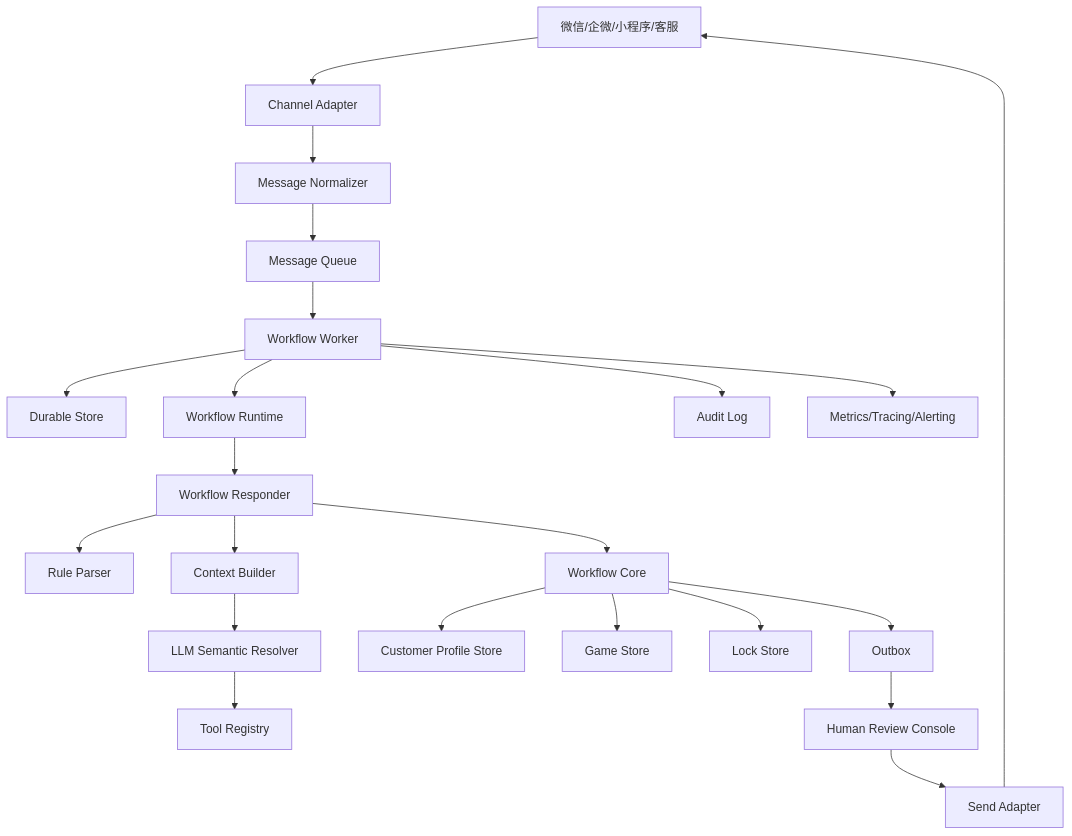
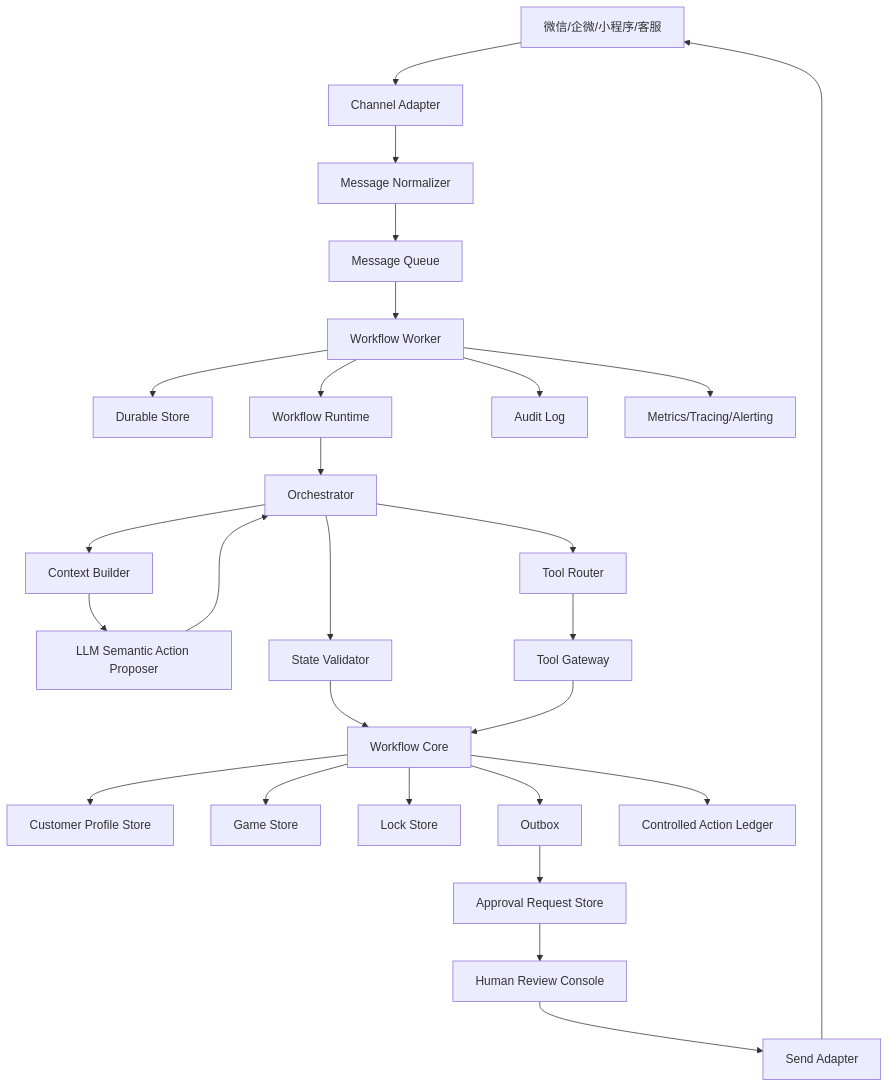
One commit to Schatt3n/mahjong-ops-agent changed the diagram in docs/production_architecture.md. Above: the diagram before and after it, drawn with Mermaid. The commit also changed other lines of this file and 37 other files, not shown here.

````diff
--- a/docs/production_architecture.md
+++ b/docs/production_architecture.md
@@ -52,24 +63,29 @@
 ```mermaid
 flowchart TD
     A["微信/企微/小程序/客服"] --> B["Channel Adapter"]
     B --> C["Message Normalizer"]
     C --> D["Message Queue"]
     D --> E["Workflow Worker"]
     E --> F["Durable Store"]
     E --> G["Workflow Runtime"]
-    G --> H["Workflow Responder"]
-    H --> I["Rule Parser"]
+    G --> H["Orchestrator"]
     H --> U["Context Builder"]
-    U --> J["LLM Semantic Resolver"]
-    J --> K["Tool Registry"]
-    H --> L["Workflow Core"]
+    U --> J["LLM Semantic Action Proposer"]
+    J --> H
+    H --> K["Tool Router"]
+    K --> V["Tool Gateway"]
+    H --> W["State Validator"]
+    W --> L["Workflow Core"]
+    V --> L
     L --> M["Customer Profile Store"]
     L --> N["Game Store"]
     L --> O["Lock Store"]
     L --> P["Outbox"]
-    P --> Q["Human Review Console"]
+    L --> X["Controlled Action Ledger"]
+    P --> Y["Approval Request Store"]
+    Y --> Q["Human Review Console"]
     Q --> R["Send Adapter"]
     R --> A
     E --> S["Audit Log"]
     E --> T["Metrics/Tracing/Alerting"]
 ```
````
